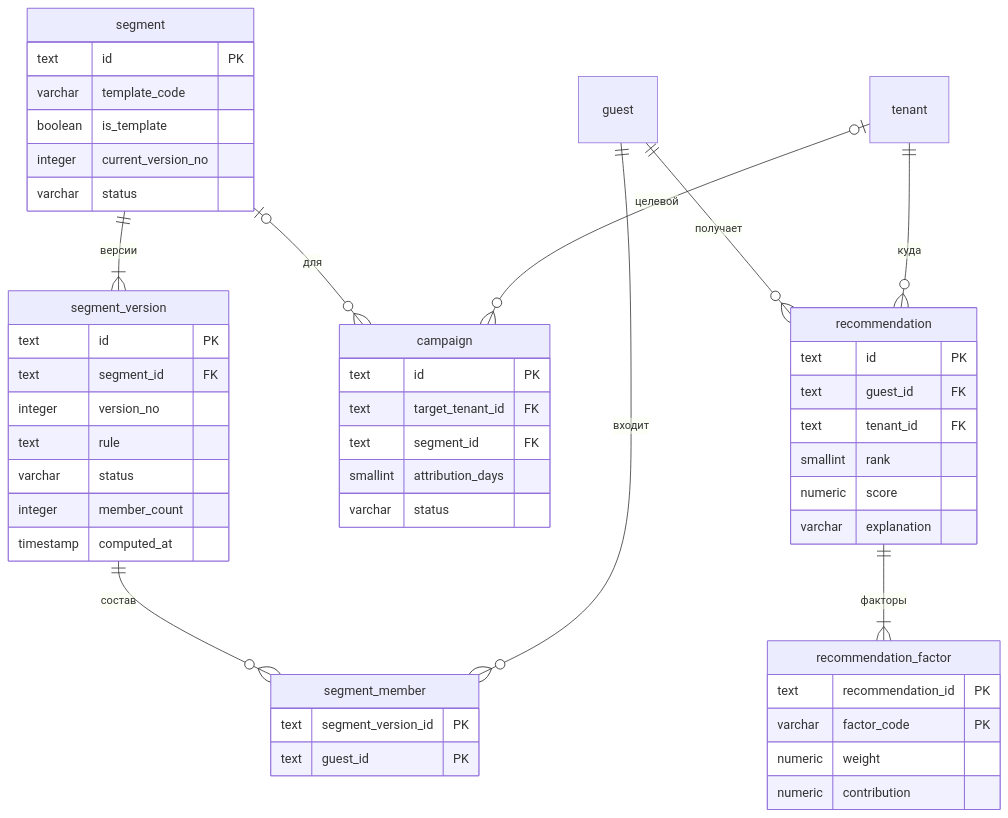
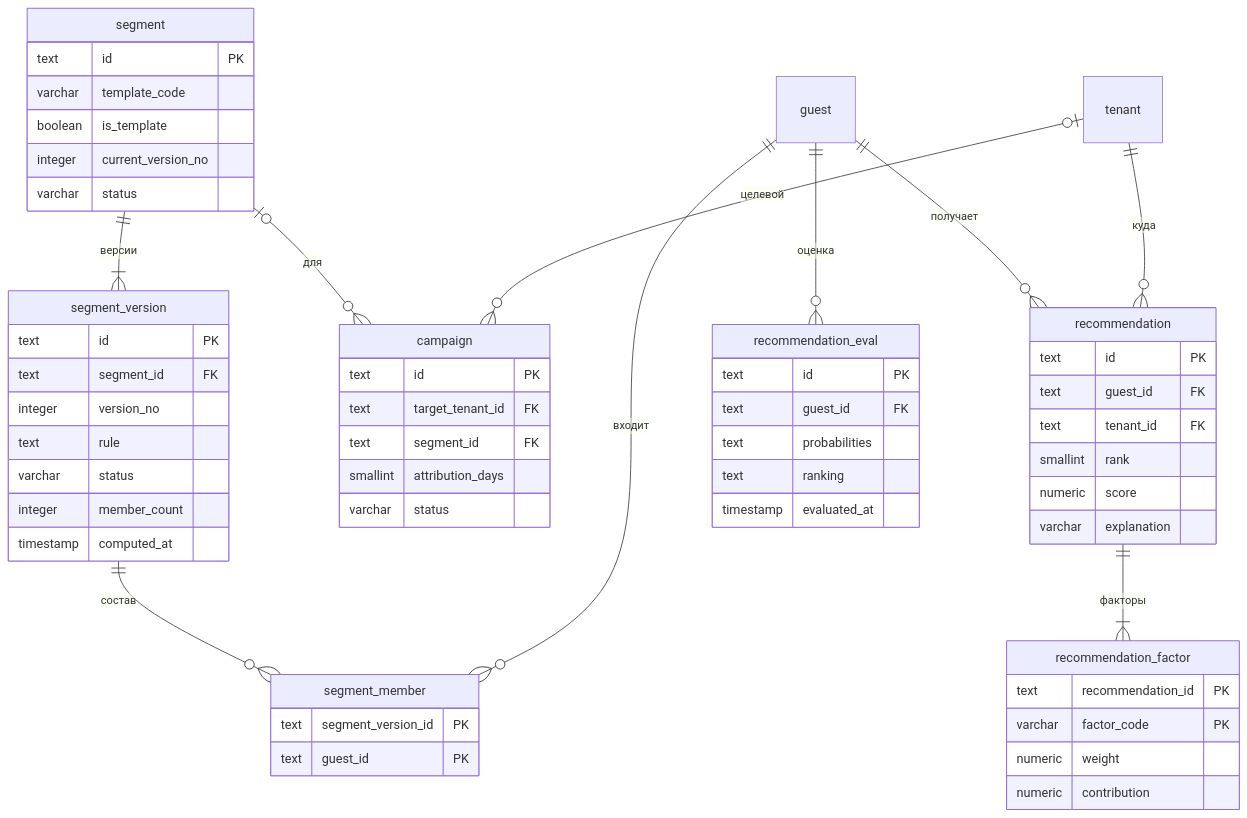
One commit to MangriMen/UCRP changed the third of 4 diagrams in docs/design/05-er-data-model.md. Above: the diagram before and after it, drawn with Mermaid. The commit also changed other lines of this file and 13 other files, not shown here.

````diff
--- a/docs/design/05-er-data-model.md
+++ b/docs/design/05-er-data-model.md
@@ -196,53 +199,61 @@
 ```mermaid
 erDiagram
   segment ||--|{ segment_version : "версии"
   segment_version ||--o{ segment_member : "состав"
   guest ||--o{ segment_member : "входит"
   segment |o--o{ campaign : "для"
   tenant |o--o{ campaign : "целевой"
   guest ||--o{ recommendation : "получает"
   tenant ||--o{ recommendation : "куда"
   recommendation ||--|{ recommendation_factor : "факторы"
+  guest ||--o{ recommendation_eval : "оценка"
 
   segment {
     text id PK
     varchar template_code
     boolean is_template
     integer current_version_no
     varchar status
   }
   segment_version {
     text id PK
     text segment_id FK
     integer version_no
     text rule
     varchar status
     integer member_count
     timestamp computed_at
   }
   segment_member {
     text segment_version_id PK
     text guest_id PK
   }
   campaign {
     text id PK
     text target_tenant_id FK
     text segment_id FK
     smallint attribution_days
     varchar status
   }
   recommendation {
     text id PK
     text guest_id FK
     text tenant_id FK
     smallint rank
     numeric score
     varchar explanation
   }
   recommendation_factor {
     text recommendation_id PK
     varchar factor_code PK
     numeric weight
     numeric contribution
   }
+  recommendation_eval {
+    text id PK
+    text guest_id FK
+    text probabilities
+    text ranking
+    timestamp evaluated_at
+  }
 ```
````
